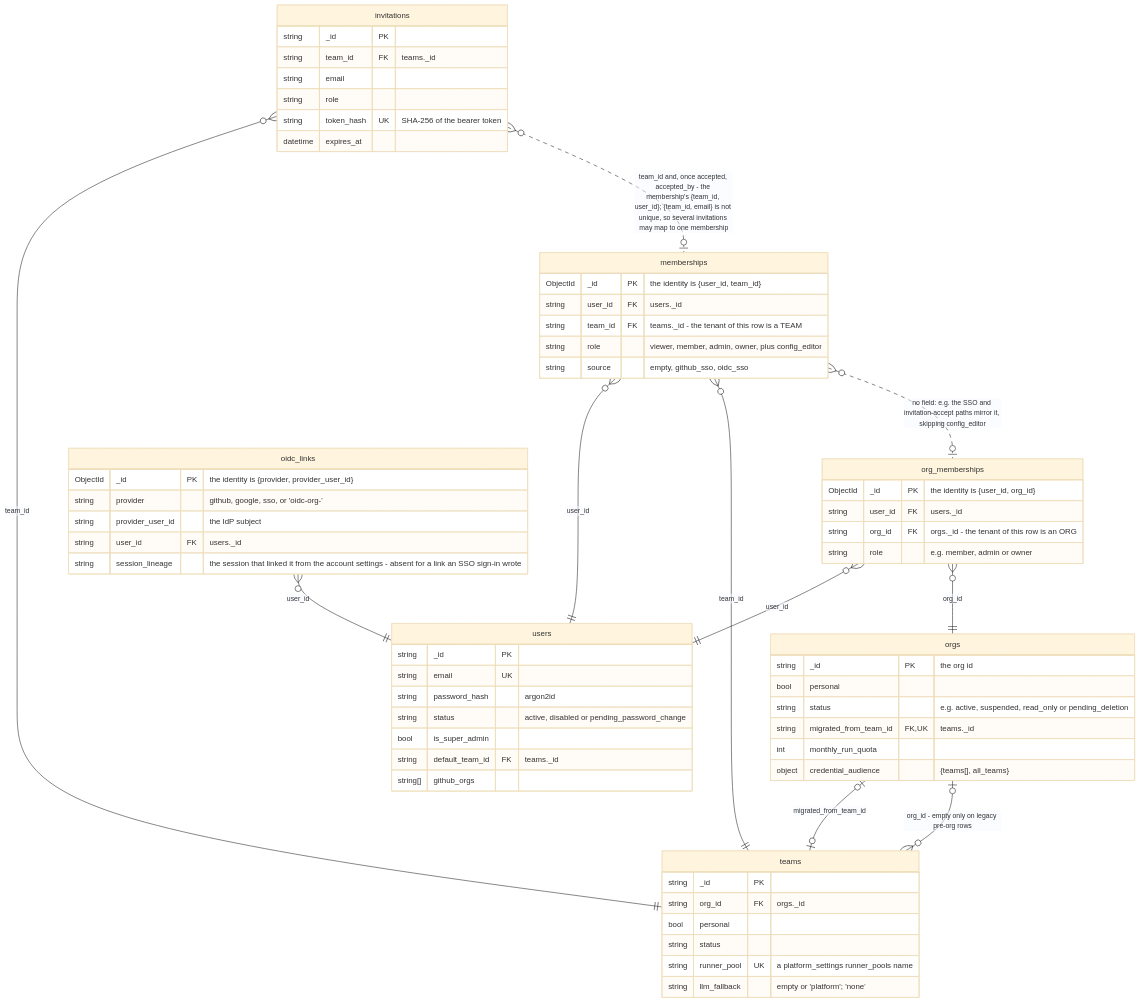
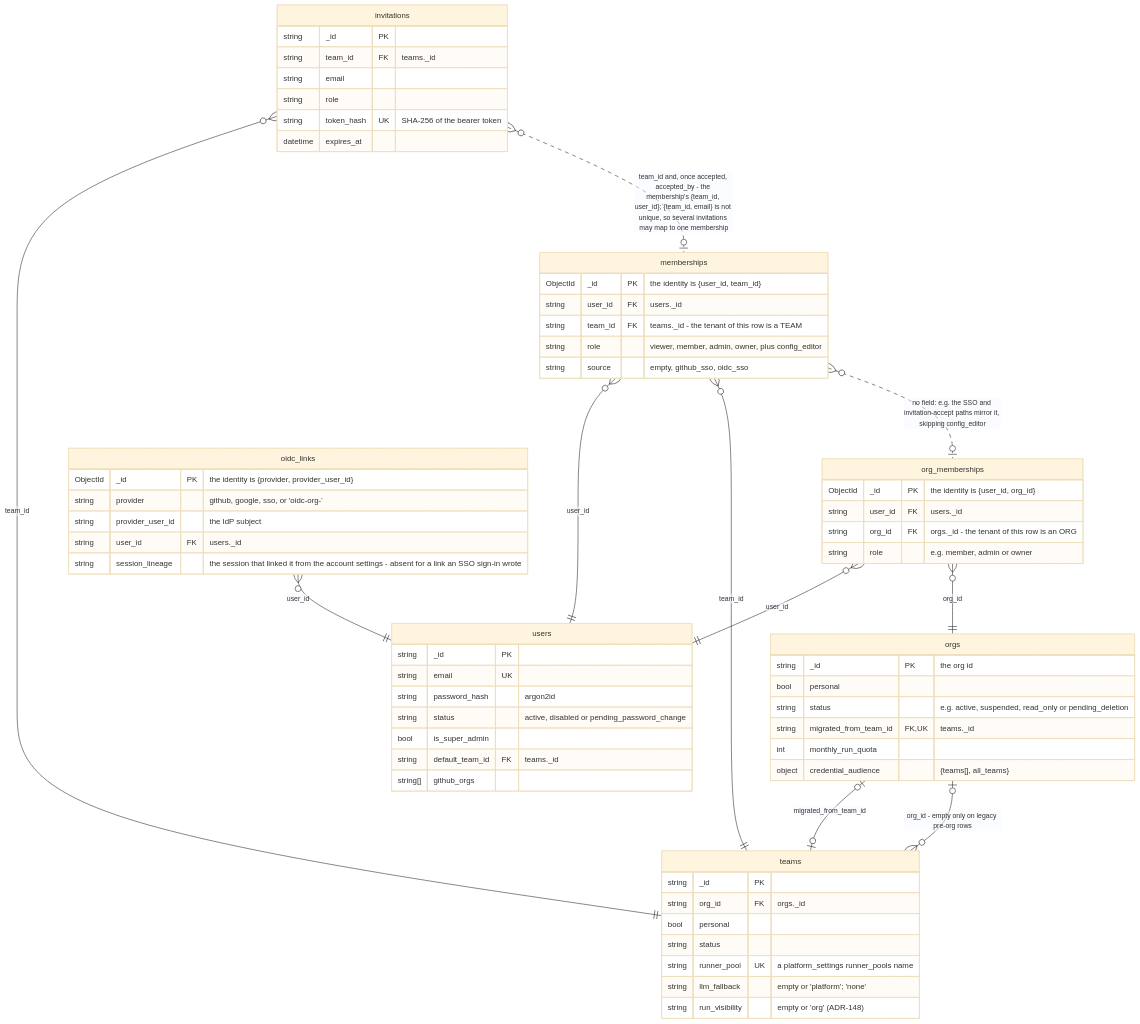
The first of 3 diagrams in docs/diagrams/data-model-identity.md (SocialGouv/iterion), drawn with Mermaid (base theme) before and after one commit. The commit also changed 36 other files, not shown here.

First line of the commit message:
feat(auth): an org member reads the runs of teams flagged org-shared (ADR-148) (#2751)

````diff
--- a/docs/diagrams/data-model-identity.md
+++ b/docs/diagrams/data-model-identity.md
@@ -9,66 +9,67 @@
 ```mermaid
 erDiagram
     orgs {
         string _id PK "the org id"
         bool personal
         string status "e.g. active, suspended, read_only or pending_deletion"
         string migrated_from_team_id FK, UK "teams._id"
         int monthly_run_quota
         object credential_audience "{teams[], all_teams}"
     }
     teams {
         string _id PK
         string org_id FK "orgs._id"
         bool personal
         string status
         string runner_pool UK "a platform_settings runner_pools name"
         string llm_fallback "empty or 'platform'; 'none'"
+        string run_visibility "empty or 'org' (ADR-148)"
     }
     users {
         string _id PK
         string email UK
         string password_hash "argon2id"
         string status "active, disabled or pending_password_change"
         bool is_super_admin
         string default_team_id FK "teams._id"
         string[] github_orgs
     }
     org_memberships {
         ObjectId _id PK "the identity is {user_id, org_id}"
         string user_id FK "users._id"
         string org_id FK "orgs._id - the tenant of this row is an ORG"
         string role "e.g. member, admin or owner"
     }
     memberships {
         ObjectId _id PK "the identity is {user_id, team_id}"
         string user_id FK "users._id"
         string team_id FK "teams._id - the tenant of this row is a TEAM"
         string role "viewer, member, admin, owner, plus config_editor"
         string source "empty, github_sso, oidc_sso"
     }
     invitations {
         string _id PK
         string team_id FK "teams._id"
         string email
         string role
         string token_hash UK "SHA-256 of the bearer token"
         datetime expires_at
     }
     oidc_links {
         ObjectId _id PK "the identity is {provider, provider_user_id}"
         string provider "github, google, sso, or 'oidc-org-<provider id>'"
         string provider_user_id "the IdP subject"
         string user_id FK "users._id"
         string session_lineage "the session that linked it from the account settings - absent for a link an SSO sign-in wrote"
     }
     teams }o--o| orgs : "org_id - empty only on legacy pre-org rows"
     orgs |o--o| teams : "migrated_from_team_id"
     org_memberships }o--|| users : "user_id"
     org_memberships }o--|| orgs : "org_id"
     memberships }o--|| users : "user_id"
     memberships }o--|| teams : "team_id"
     memberships }o..o| org_memberships : "no field: e.g. the SSO and invitation-accept paths mirror it, skipping config_editor"
     invitations }o--|| teams : "team_id"
     invitations }o..o| memberships : "team_id and, once accepted, accepted_by - the membership's {team_id, user_id}; {team_id, email} is not unique, so several invitations may map to one membership"
     oidc_links }o--|| users : "user_id"
 ```
````
